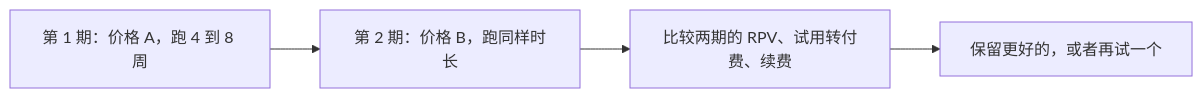
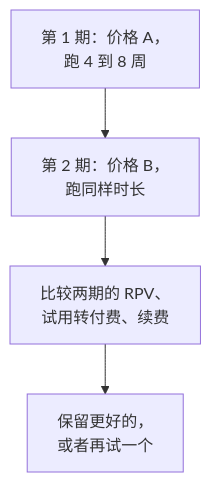
Before and after one commit to jarvis-pro/hatch-shelf: the diagram in books/pricing-monetization/04-price-experiments.md, drawn with Mermaid. The commit also changed 432 other files, not shown here.

````diff
--- a/books/pricing-monetization/04-price-experiments.md
+++ b/books/pricing-monetization/04-price-experiments.md
@@ -108,6 +108,6 @@
 ```mermaid
-flowchart LR
-  A["第 1 期：价格 A，跑 4 到 8 周"] --> B["第 2 期：价格 B，跑同样时长"]
-  B --> C["比较两期的 RPV、试用转付费、续费"]
-  C --> D["保留更好的，或者再试一个"]
+flowchart TD
+  A["第 1 期：价格 A，<br/>跑 4 到 8 周"] --> B["第 2 期：价格 B，<br/>跑同样时长"]
+  B --> C["比较两期的 RPV、<br/>试用转付费、续费"]
+  C --> D["保留更好的，<br/>或者再试一个"]
 ```
````
